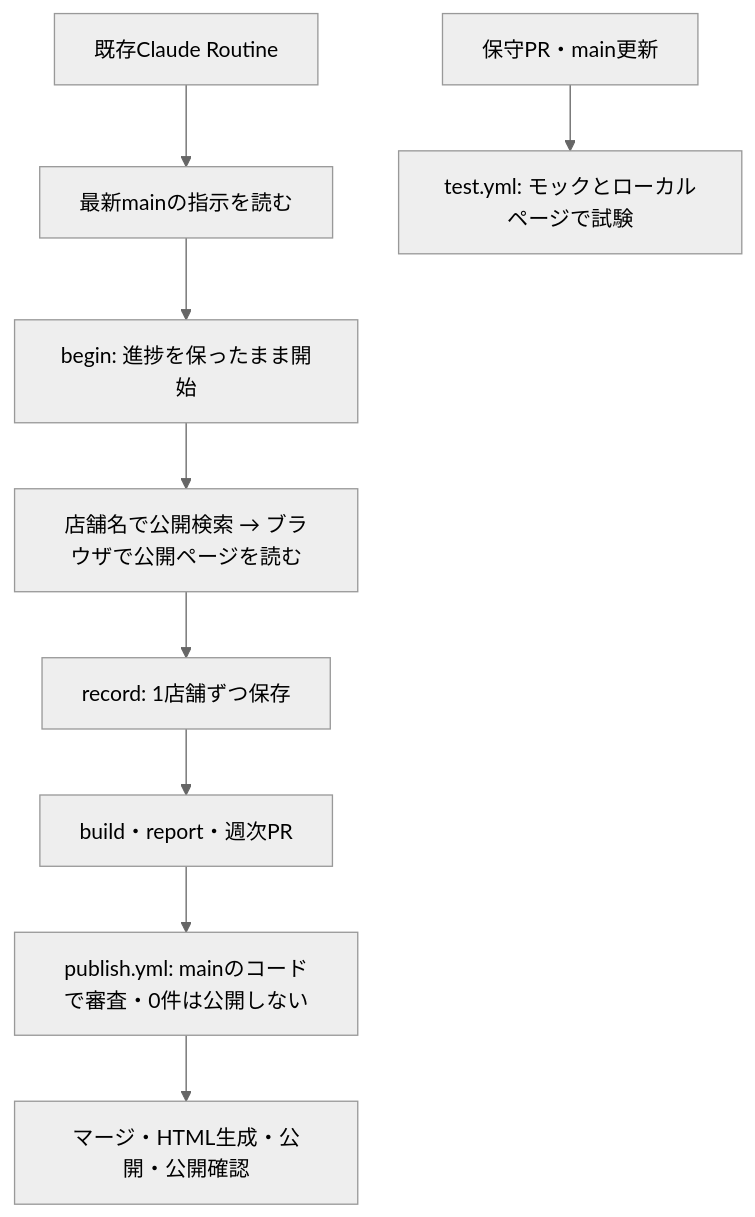
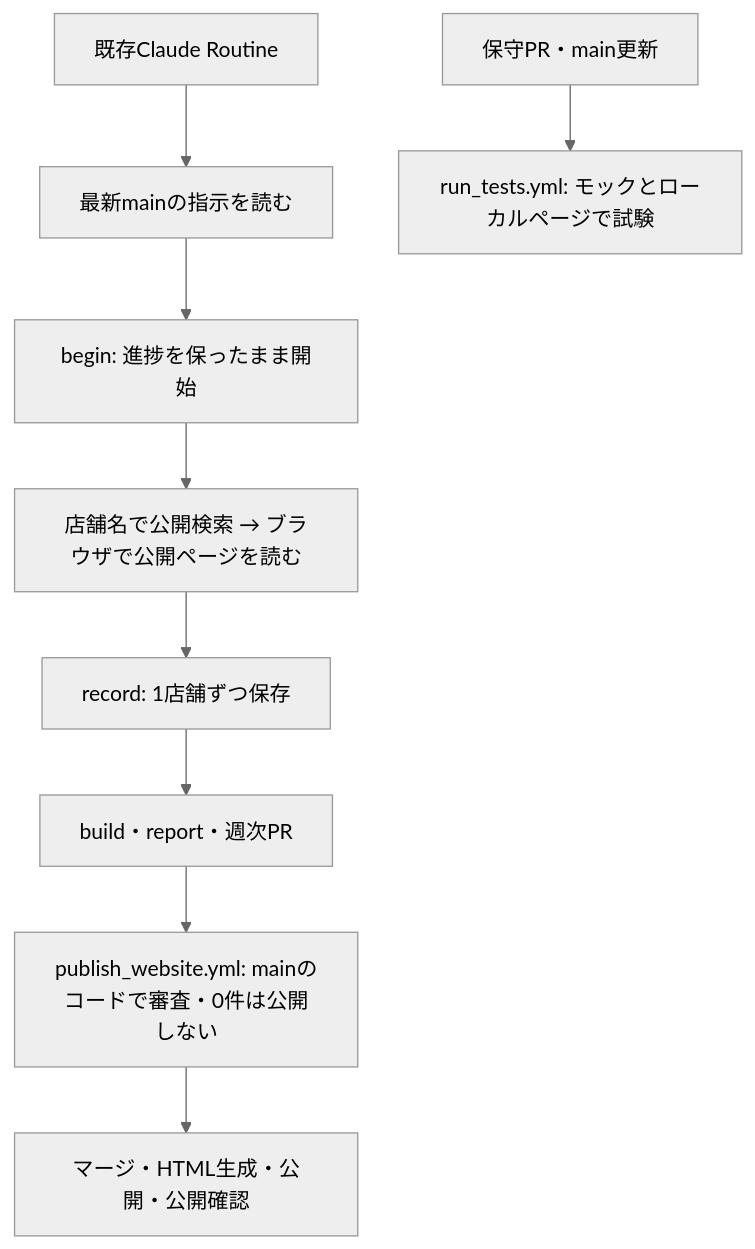
Before and after one commit to tsubasa0518/afternoon-tea: the diagram in README.md, drawn with Mermaid (neutral theme). The commit also changed other lines of this file and 33 other files, not shown here.

````diff
--- a/README.md
+++ b/README.md
@@ -68,11 +68,11 @@
 ```mermaid
 flowchart TD
     A[既存Claude Routine] --> B[最新mainの指示を読む]
     B --> C[begin: 進捗を保ったまま開始]
     C --> D[店舗名で公開検索 → ブラウザで公開ページを読む]
     D --> E[record: 1店舗ずつ保存]
     E --> F[build・report・週次PR]
-    F --> G[publish.yml: mainのコードで審査・0件は公開しない]
+    F --> G[publish_website.yml: mainのコードで審査・0件は公開しない]
     G --> H[マージ・HTML生成・公開・公開確認]
-    I[保守PR・main更新] --> J[test.yml: モックとローカルページで試験]
+    I[保守PR・main更新] --> J[run_tests.yml: モックとローカルページで試験]
 ```
````
